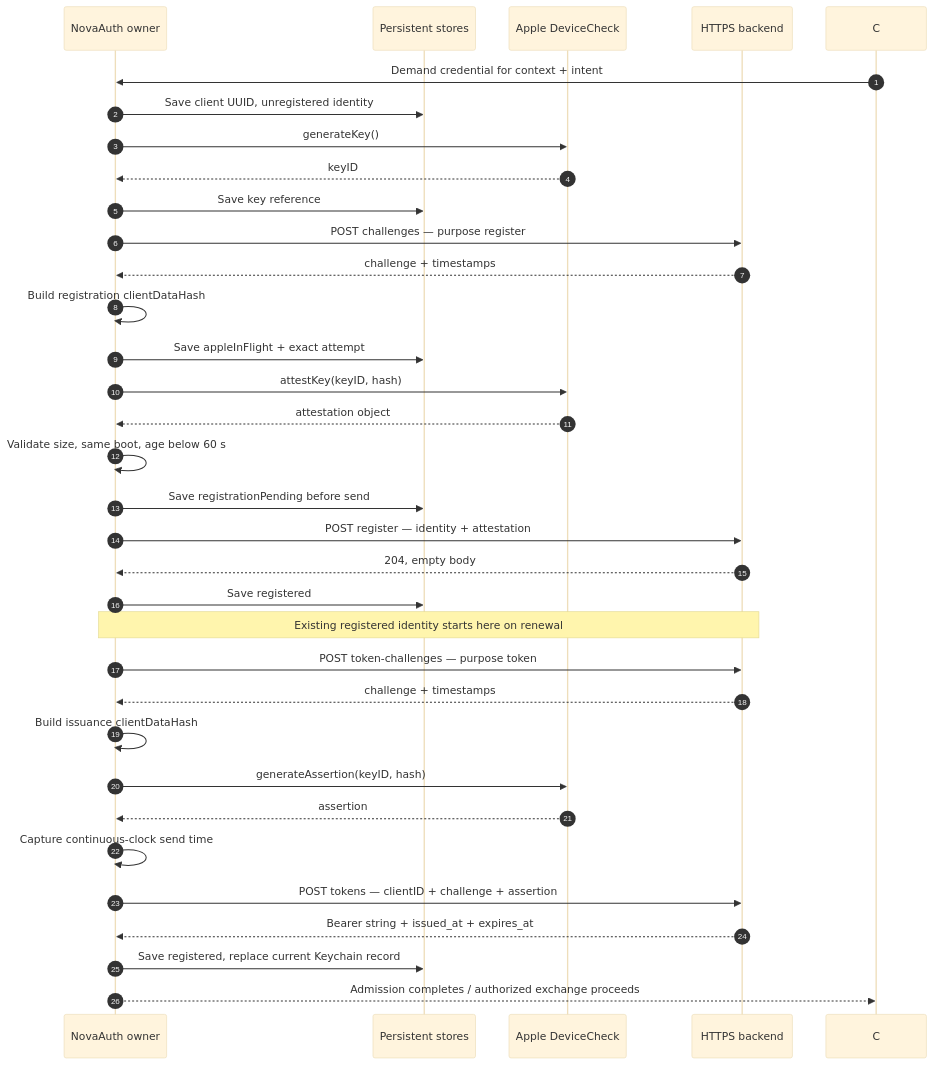
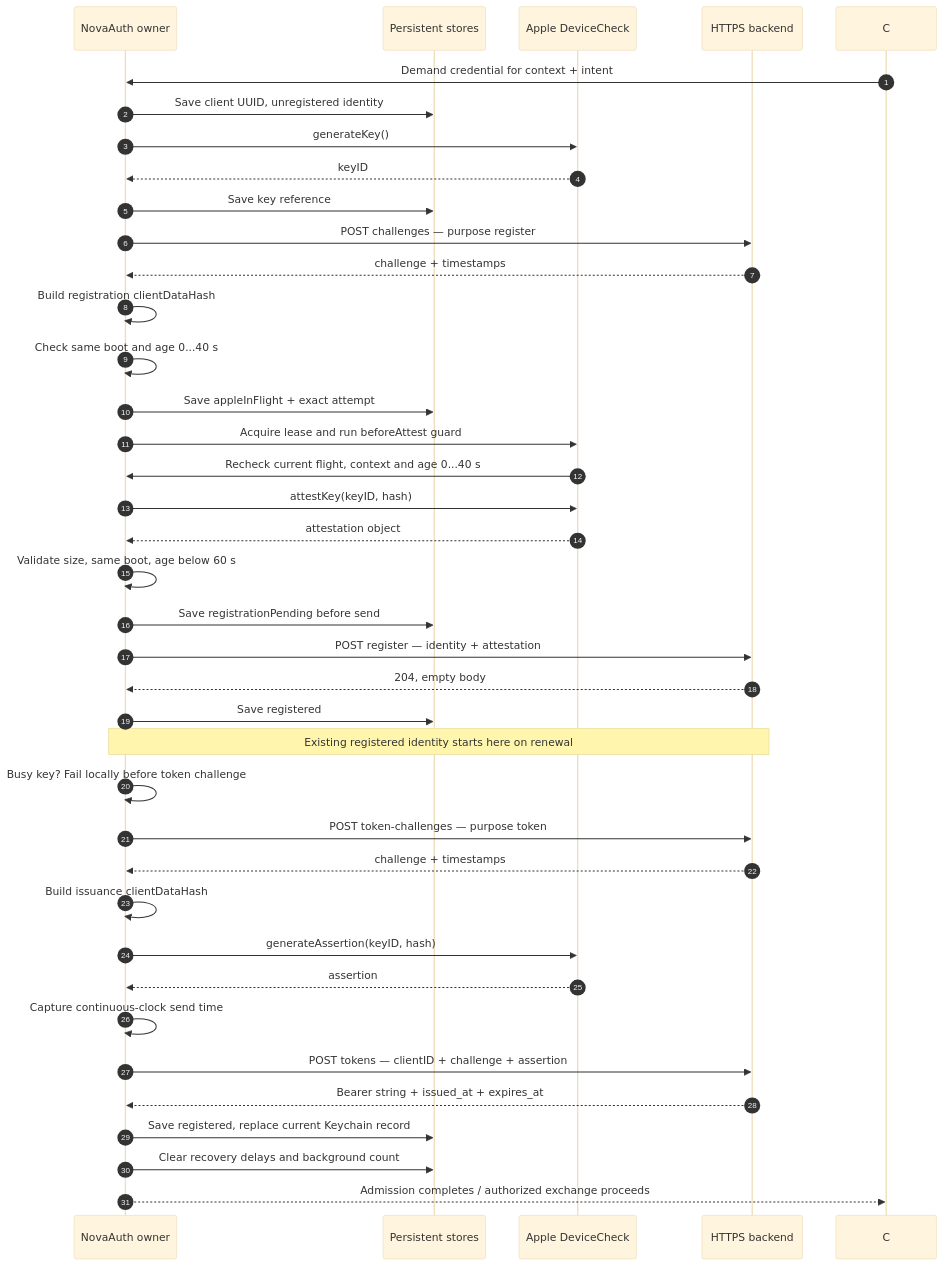
Before and after one commit to novasamatech/nova-wallet-ios: the second of 8 diagrams in .claude/docs/architecture/novaauth-client-diagrams.md, drawn with Mermaid (base theme). The commit also changed other lines of this file and 6 other files, not shown here.

````diff
--- a/.claude/docs/architecture/novaauth-client-diagrams.md
+++ b/.claude/docs/architecture/novaauth-client-diagrams.md
@@ -48,35 +51,40 @@
 ```mermaid
 sequenceDiagram
   autonumber
   participant N as NovaAuth owner
   participant S as Persistent stores
   participant A as Apple DeviceCheck
   participant H as HTTPS backend
   C->>N: Demand credential for context + intent
   N->>S: Save client UUID, unregistered identity
   N->>A: generateKey()
   A-->>N: keyID
   N->>S: Save key reference
   N->>H: POST challenges — purpose register
   H-->>N: challenge + timestamps
   N->>N: Build registration clientDataHash
+  N->>N: Check same boot and age 0...40 s
   N->>S: Save appleInFlight + exact attempt
+  N->>A: Acquire lease and run beforeAttest guard
+  A->>N: Recheck current flight, context and age 0...40 s
   N->>A: attestKey(keyID, hash)
   A-->>N: attestation object
   N->>N: Validate size, same boot, age below 60 s
   N->>S: Save registrationPending before send
   N->>H: POST register — identity + attestation
   H-->>N: 204, empty body
   N->>S: Save registered
   Note over N,H: Existing registered identity starts here on renewal
+  N->>N: Busy key? Fail locally before token challenge
   N->>H: POST token-challenges — purpose token
   H-->>N: challenge + timestamps
   N->>N: Build issuance clientDataHash
   N->>A: generateAssertion(keyID, hash)
   A-->>N: assertion
   N->>N: Capture continuous-clock send time
   N->>H: POST tokens — clientID + challenge + assertion
   H-->>N: Bearer string + issued_at + expires_at
   N->>S: Save registered, replace current Keychain record
+  N->>S: Clear recovery delays and background count
   N-->>C: Admission completes / authorized exchange proceeds
 ```
````
